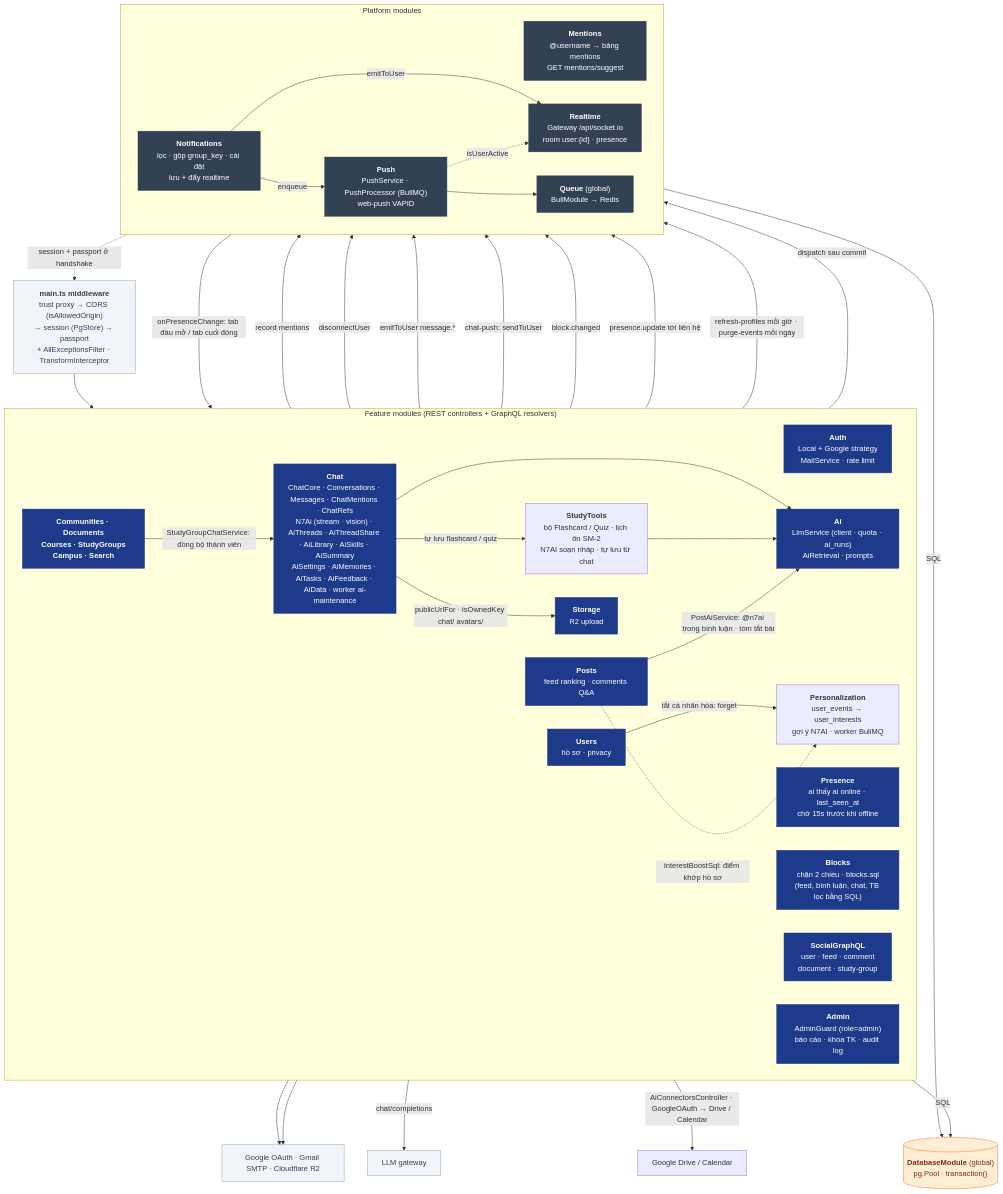
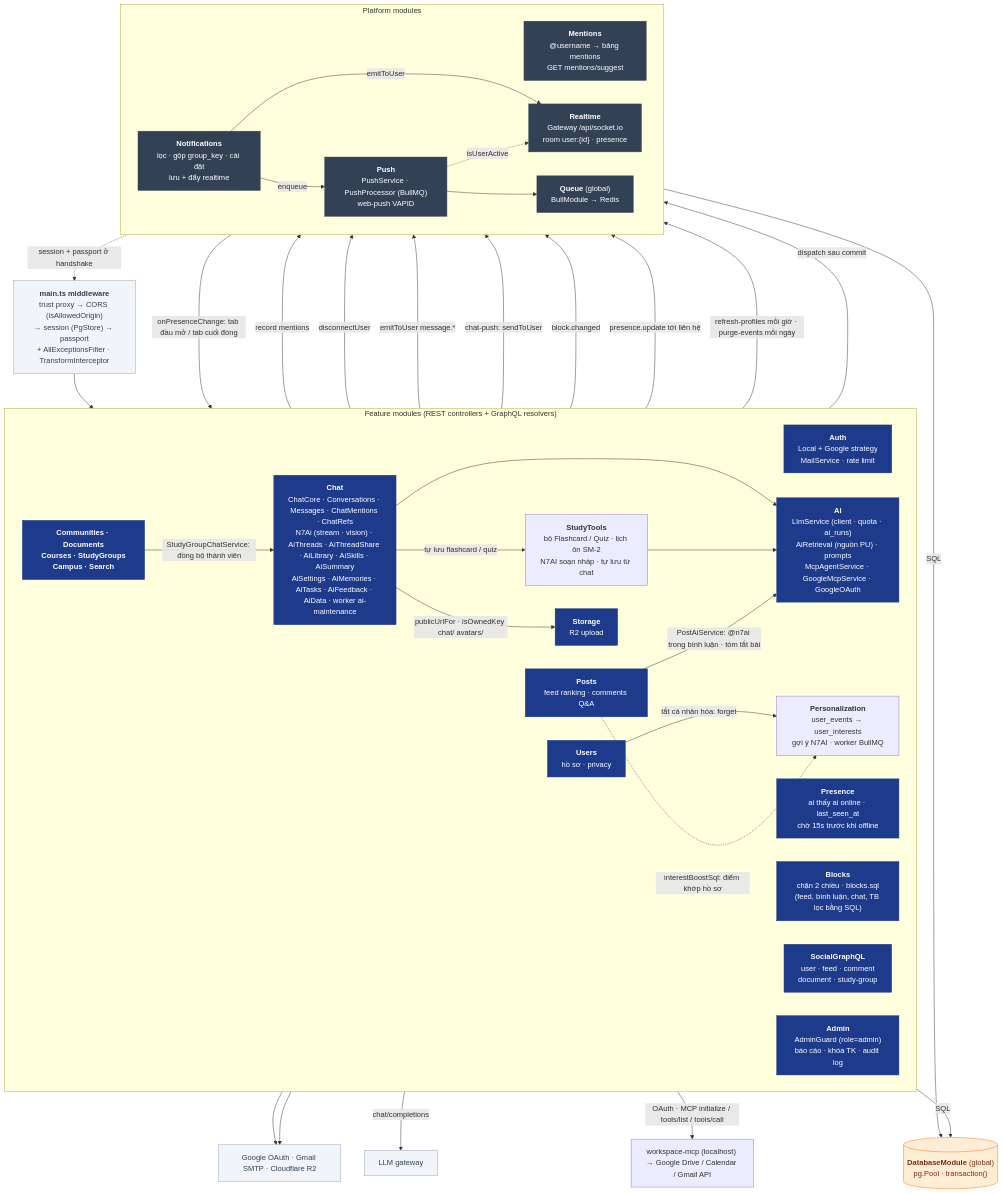
Before and after one commit to nhatcoi/pu-connect: the diagram in docs/diagrams/03-api-components.md, drawn with Mermaid. The commit also changed other lines of this file and 31 other files, not shown here.

First line of the commit message:
feat(n7ai): Google connectors via MCP, served by self-hosted workspace-mcp

````diff
--- a/docs/diagrams/03-api-components.md
+++ b/docs/diagrams/03-api-components.md
@@ -7,69 +7,69 @@
 ```mermaid
 flowchart TB
   mw["<b>main.ts middleware</b><br/>trust proxy → CORS (isAllowedOrigin)<br/>→ session (PgStore) → passport<br/>+ AllExceptionsFilter · TransformInterceptor"]
 
   subgraph Feature["Feature modules (REST controllers + GraphQL resolvers)"]
     direction LR
     auth["<b>Auth</b><br/>Local + Google strategy<br/>MailService · rate limit"]
     users["<b>Users</b><br/>hồ sơ · privacy"]
     presence["<b>Presence</b><br/>ai thấy ai online · last_seen_at<br/>chờ 15s trước khi offline"]
     blocks["<b>Blocks</b><br/>chặn 2 chiều · blocks.sql<br/>(feed, bình luận, chat, TB lọc bằng SQL)"]
     posts["<b>Posts</b><br/>feed ranking · comments Q&A"]
     gql["<b>SocialGraphQL</b><br/>user · feed · comment<br/>document · study-group"]
     others["<b>Communities · Documents<br/>Courses · StudyGroups<br/>Campus · Search</b>"]
     storage["<b>Storage</b><br/>R2 upload"]
     admin["<b>Admin</b><br/>AdminGuard (role=admin)<br/>báo cáo · khóa TK · audit log"]
     chat["<b>Chat</b><br/>ChatCore · Conversations · Messages · ChatMentions · ChatRefs<br/>N7Ai (stream · vision) · AiThreads · AiThreadShare · AiLibrary · AiSkills · AiSummary<br/>AiSettings · AiMemories · AiTasks · AiFeedback · AiData · worker ai-maintenance"]
-    ai["<b>Ai</b><br/>LlmService (client · quota · ai_runs)<br/>AiRetrieval · prompts"]
+    ai["<b>Ai</b><br/>LlmService (client · quota · ai_runs)<br/>AiRetrieval (nguồn PU) · prompts<br/>McpAgentService · GoogleMcpService · GoogleOAuth"]
     perso["<b>Personalization</b><br/>user_events → user_interests<br/>gợi ý N7AI · worker BullMQ"]
     tools["<b>StudyTools</b><br/>bộ Flashcard / Quiz · lịch ôn SM-2<br/>N7AI soạn nháp · tự lưu từ chat"]
   end
 
   subgraph Platform["Platform modules"]
     direction LR
     mentions["<b>Mentions</b><br/>@username → bảng mentions<br/>GET mentions/suggest"]
     notif["<b>Notifications</b><br/>lọc · gộp group_key · cài đặt<br/>lưu + đẩy realtime"]
     rt["<b>Realtime</b><br/>Gateway /api/socket.io<br/>room user:{id} · presence"]
     push["<b>Push</b><br/>PushService · PushProcessor (BullMQ)<br/>web-push VAPID"]
     queue["<b>Queue</b> (global)<br/>BullModule → Redis"]
   end
 
   db[("<b>DatabaseModule</b> (global)<br/>pg.Pool · transaction()")]
   ext["Google OAuth · Gmail SMTP · Cloudflare R2"]
 
   mw --> Feature
   posts -->|record mentions| mentions
   Feature -->|dispatch sau commit| notif -->|emitToUser| rt
   notif -->|enqueue| push --> queue
   push -. isUserActive .-> rt
   rt -. session + passport ở handshake .-> mw
   Feature -->|SQL| db
   Platform -->|SQL| db
   auth & storage --> ext
   admin -->|disconnectUser| rt
   chat -->|emitToUser message.*| rt
   chat -->|chat-push: sendToUser| push
   chat --> ai
   chat -->|tự lưu flashcard / quiz| tools
   tools --> ai
   posts -->|PostAiService: @n7ai trong bình luận · tóm tắt bài| ai
   ai -->|chat/completions| llm["LLM gateway"]
-  ai -->|AiConnectorsController · GoogleOAuth → Drive / Calendar| gdrive["Google Drive / Calendar"]
+  ai -->|"OAuth · MCP initialize / tools/list / tools/call"| gdrive["workspace-mcp (localhost) → Google Drive / Calendar / Gmail API"]
   chat -->|publicUrlFor · isOwnedKey chat/ avatars/| storage
   others -->|StudyGroupChatService: đồng bộ thành viên| chat
   blocks -->|block.changed| rt
   rt -->|onPresenceChange: tab đầu mở / tab cuối đóng| presence
   presence -->|presence.update tới liên hệ| rt
   users -->|tắt cá nhân hóa: forget| perso
   perso -->|refresh-profiles mỗi giờ · purge-events mỗi ngày| queue
   posts -. interestBoostSql: điểm khớp hồ sơ .-> perso
 
   classDef mod fill:#1e3a8a,stroke:#1e3a8a,color:#fff
   classDef plat fill:#334155,stroke:#334155,color:#fff
   classDef store fill:#ffedd5,stroke:#f97316,color:#7c2d12
   classDef external fill:#f1f5f9,stroke:#94a3b8,color:#334155
   class auth,users,blocks,presence,ai,posts,communities,others,storage,gql,admin,chat mod
   class mentions,notif,rt,push,queue plat
   class db store
   class ext,mw,llm external
 ```
````
